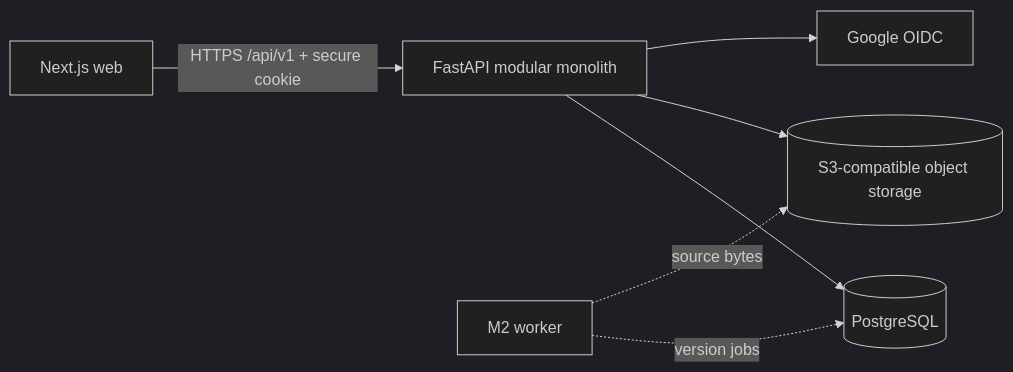
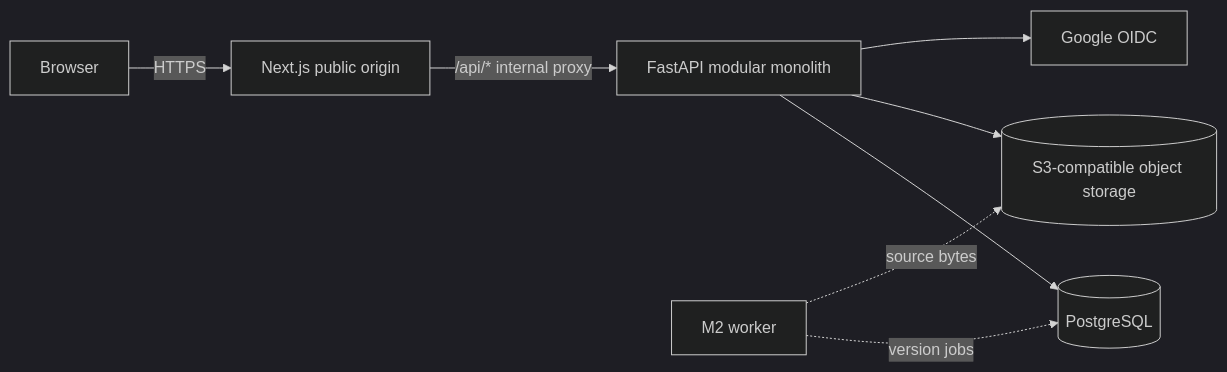
The diagram in docs/architecture/ARCHITECTURE.md (mad-futurist/readyset_platform), drawn with Mermaid (dark theme) before and after one commit. The commit also changed other lines of this file and 59 other files, not shown here.

````diff
--- a/docs/architecture/ARCHITECTURE.md
+++ b/docs/architecture/ARCHITECTURE.md
@@ -7,9 +7,10 @@
 ```mermaid
 flowchart LR
-  Browser[Next.js web] -->|HTTPS /api/v1 + secure cookie| API[FastAPI modular monolith]
+  Browser[Browser] -->|HTTPS| Web[Next.js public origin]
+  Web -->|/api/* internal proxy| API[FastAPI modular monolith]
   API --> DB[(PostgreSQL)]
   API --> Store[(S3-compatible object storage)]
   API --> Google[Google OIDC]
   Worker[M2 worker] -. version jobs .-> DB
   Worker -. source bytes .-> Store
 ```
````
